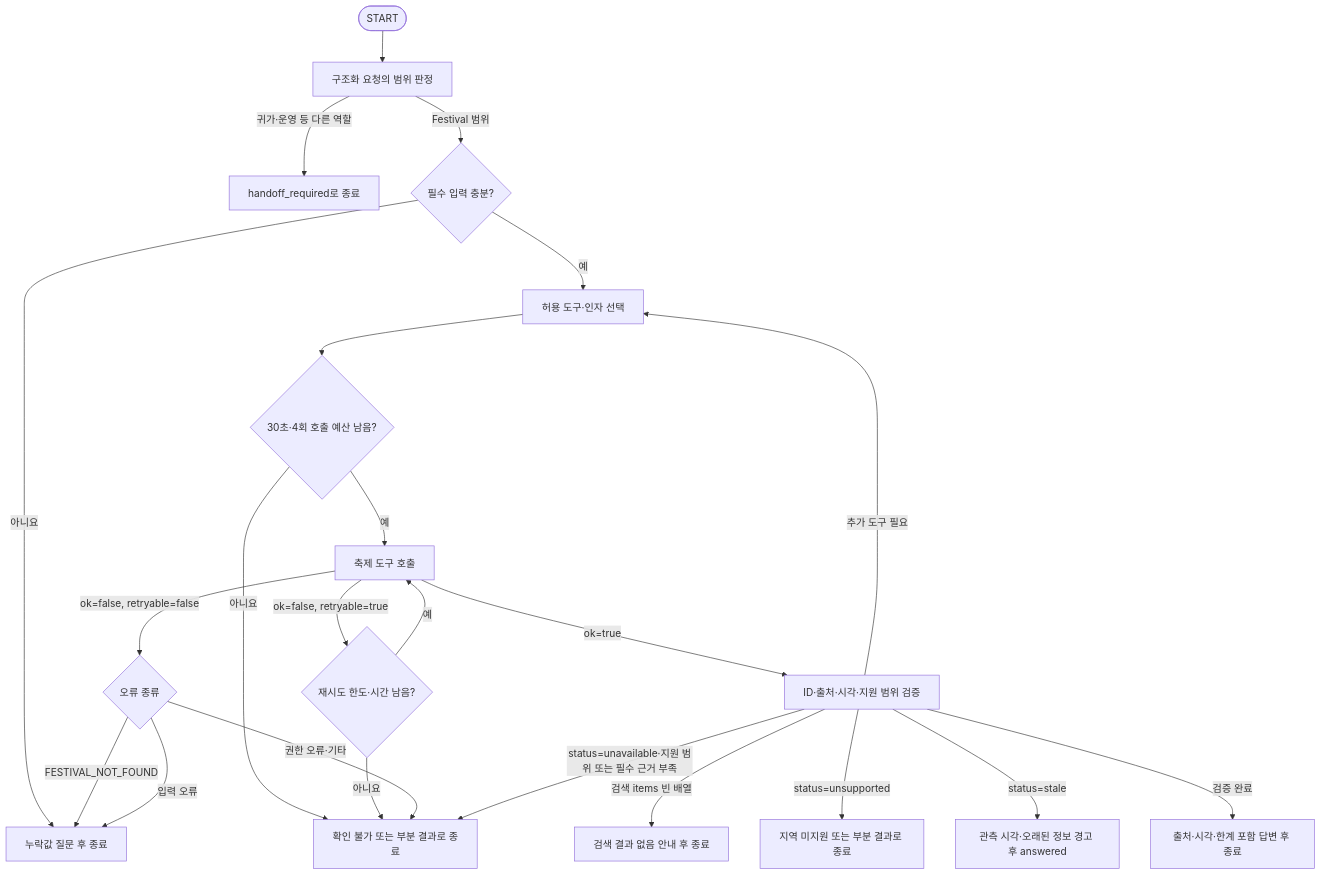
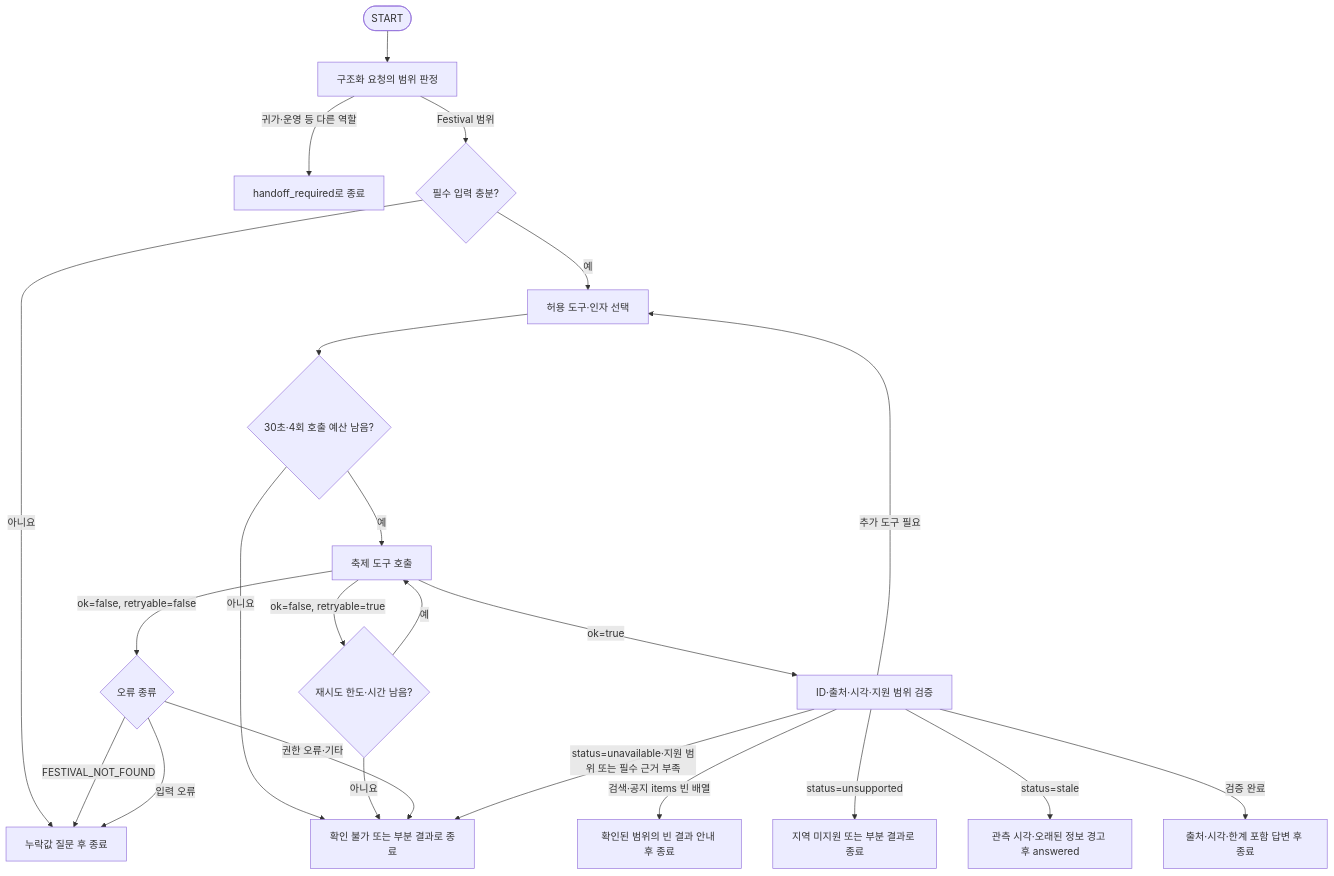
Before and after one commit to yubeenjjang/Final3team: the diagram in Docs/Step 3/놀다가_단일_Festival_Agent_상태_전이_그래프_설계서_초안.md, drawn with Mermaid. The commit also changed other lines of this file, not shown here.

````diff
--- a/Docs/Step 3/놀다가_단일_Festival_Agent_상태_전이_그래프_설계서_초안.md
+++ b/Docs/Step 3/놀다가_단일_Festival_Agent_상태_전이_그래프_설계서_초안.md
@@ -15,25 +15,25 @@
 ```mermaid
 flowchart TD
     START([START]) --> I[구조화 요청의 범위 판정]
     I -->|귀가·운영 등 다른 역할| H[handoff_required로 종료]
     I -->|Festival 범위| S{필수 입력 충분?}
     S -->|아니요| Q[누락값 질문 후 종료]
     S -->|예| P[허용 도구·인자 선택]
     P --> B{30초·4회 호출 예산 남음?}
     B -->|아니요| U[확인 불가 또는 부분 결과로 종료]
     B -->|예| T[축제 도구 호출]
     T -->|ok=true| V[ID·출처·시각·지원 범위 검증]
     T -->|ok=false, retryable=true| R{재시도 한도·시간 남음?}
     R -->|예| T
     R -->|아니요| U
     T -->|ok=false, retryable=false| E{오류 종류}
     E -->|FESTIVAL_NOT_FOUND| Q
     E -->|입력 오류| Q
     E -->|권한 오류·기타| U
-    V -->|검색 items 빈 배열| Z[검색 결과 없음 안내 후 종료]
+    V -->|검색·공지 items 빈 배열| Z[확인된 범위의 빈 결과 안내 후 종료]
     V -->|status=unsupported| X[지역 미지원 또는 부분 결과로 종료]
     V -->|status=stale| L[관측 시각·오래된 정보 경고 후 answered]
     V -->|status=unavailable·지원 범위 또는 필수 근거 부족| U
     V -->|추가 도구 필요| P
     V -->|검증 완료| A[출처·시각·한계 포함 답변 후 종료]
 ```
````
